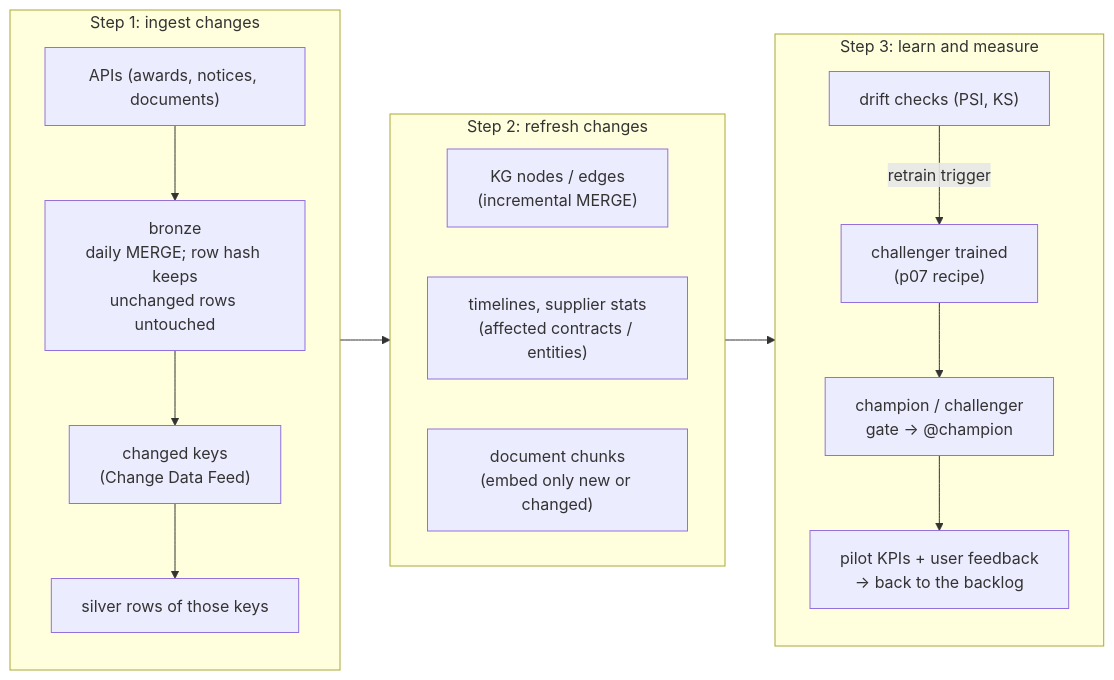
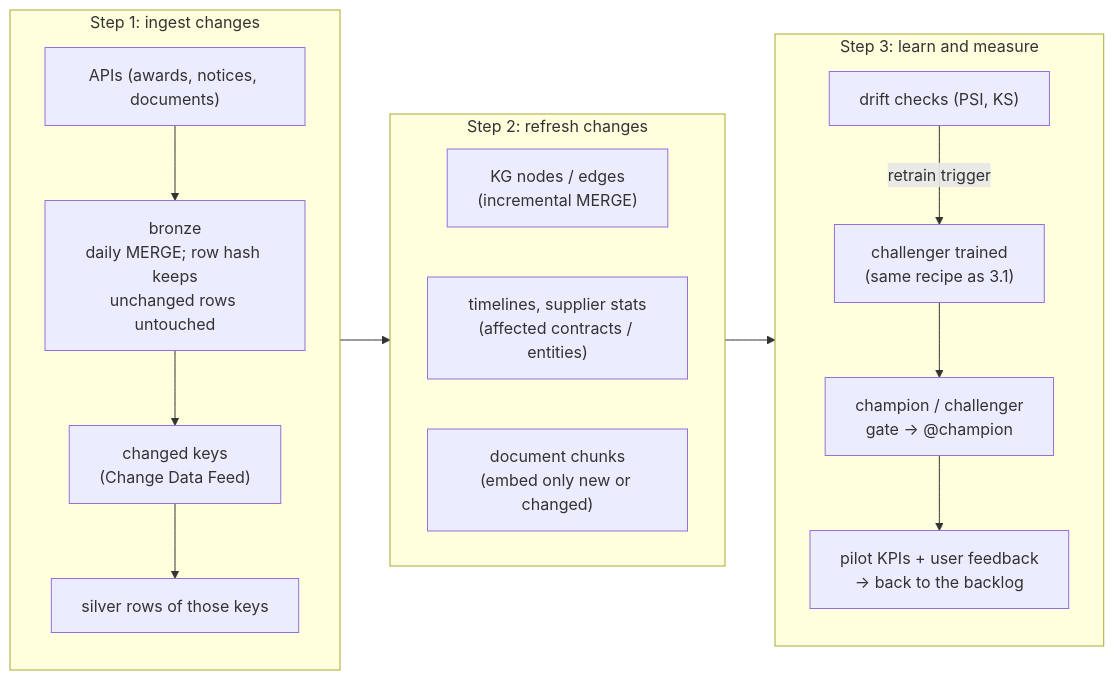
One commit to ShabadVaswani/worldbank-procurement-intelligence changed the seventh of 7 diagrams in docs/proposal.md. Above: the diagram before and after it, drawn with Mermaid. The commit also changed other lines of this file and 1 other file, not shown here.

````diff
--- a/docs/proposal.md
+++ b/docs/proposal.md
@@ -509,26 +509,26 @@
 ```mermaid
 flowchart LR
     subgraph ingest["Step 1: ingest changes"]
         direction TB
         apis["APIs (awards, notices, documents)"]
         bronze["bronze<br/>daily MERGE; row hash keeps<br/>unchanged rows untouched"]
         keys["changed keys<br/>(Change Data Feed)"]
         silver["silver rows of those keys"]
         apis --> bronze --> keys --> silver
     end
     subgraph refresh["Step 2: refresh changes"]
         direction LR
         kg["KG nodes / edges<br/>(incremental MERGE)"]
         stats["timelines, supplier stats<br/>(affected contracts / entities)"]
         chunks["document chunks<br/>(embed only new or changed)"]
     end
     subgraph learn["Step 3: learn and measure"]
         direction TB
         drift["drift checks (PSI, KS)"]
-        chall["challenger trained<br/>(p07 recipe)"]
+        chall["challenger trained<br/>(same recipe as 3.1)"]
         champ["champion / challenger<br/>gate -> @champion"]
         kpis["pilot KPIs + user feedback<br/>-> back to the backlog"]
         drift -->|"retrain trigger"| chall --> champ --> kpis
     end
     ingest --> refresh --> learn
 ```
````
